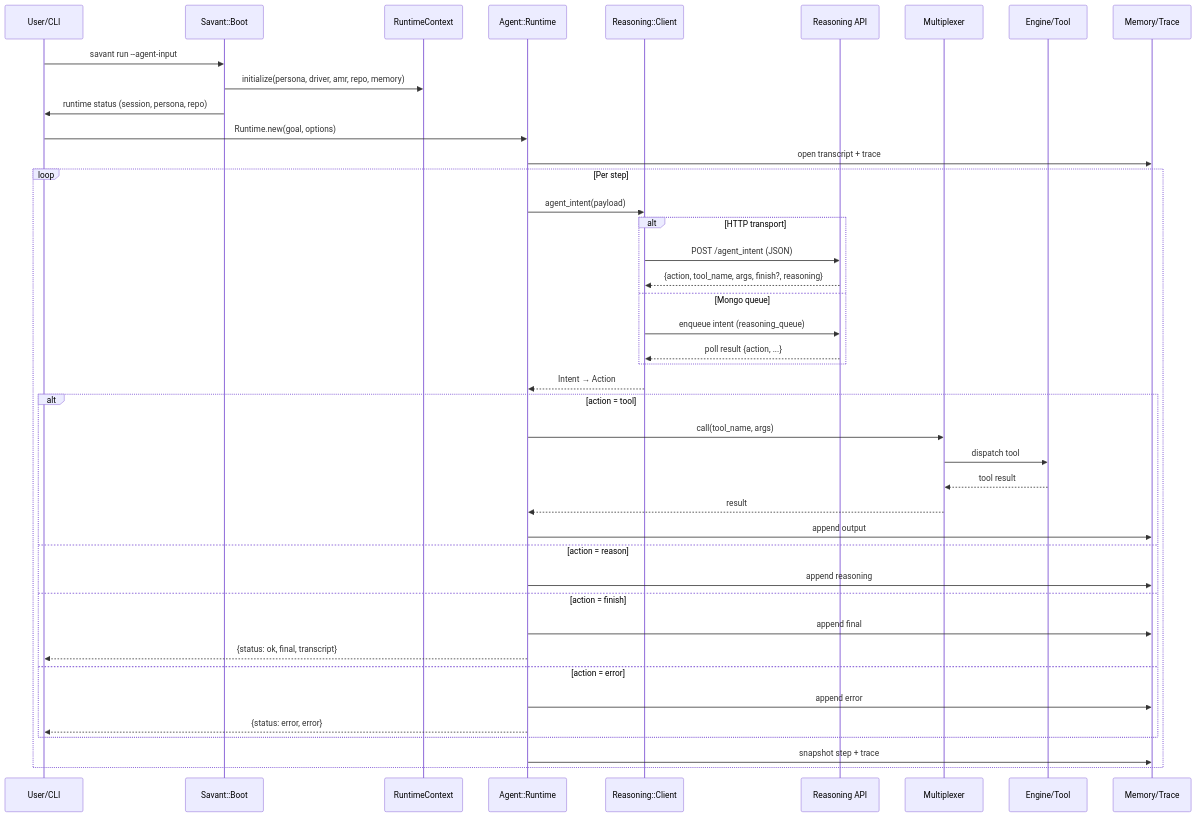
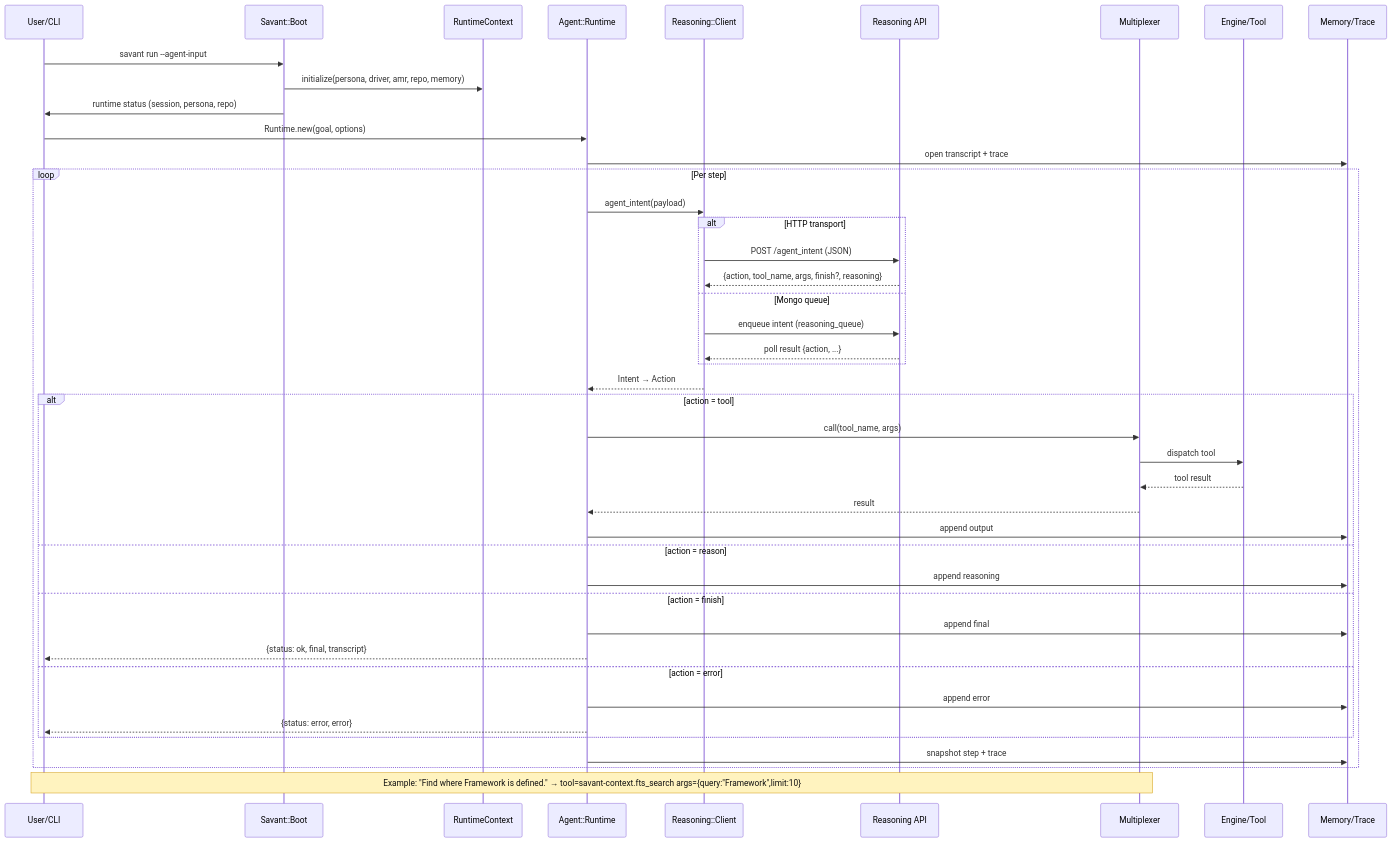
Before and after one commit to ashabbir/savant: the second of 3 diagrams in memory_bank/runtime.md, drawn with Mermaid. The commit also changed other lines of this file and 68 other files, not shown here.

````diff
--- a/memory_bank/runtime.md
+++ b/memory_bank/runtime.md
@@ -80,45 +80,47 @@
 ```mermaid
+%%{init: {'themeVariables': {'noteBkgColor': '#fff3bf', 'noteTextColor': '#111111', 'noteBorderColor': '#d4a017'}}}%%
 sequenceDiagram
   participant U as User/CLI
   participant Boot as Savant::Boot
   participant Ctx as RuntimeContext
   participant RT as Agent::Runtime
   participant RC as Reasoning::Client
   participant API as Reasoning API
   participant Mux as Multiplexer
   participant Eng as Engine/Tool
   participant Mem as Memory/Trace
 
   U->>Boot: savant run --agent-input
   Boot->>Ctx: initialize(persona, driver, amr, repo, memory)
   Boot->>U: runtime status (session, persona, repo)
   U->>RT: Runtime.new(goal, options)
   RT->>Mem: open transcript + trace
   loop Per step
     RT->>RC: agent_intent(payload)
     alt HTTP transport
       RC->>API: POST /agent_intent (JSON)
       API-->>RC: {action, tool_name, args, finish?, reasoning}
     else Mongo queue
       RC->>API: enqueue intent (reasoning_queue)
       API-->>RC: poll result {action, ...}
     end
     RC-->>RT: Intent → Action
     alt action = tool
       RT->>Mux: call(tool_name, args)
       Mux->>Eng: dispatch tool
       Eng-->>Mux: tool result
       Mux-->>RT: result
       RT->>Mem: append output
     else action = reason
       RT->>Mem: append reasoning
     else action = finish
       RT->>Mem: append final
       RT-->>U: {status: ok, final, transcript}
     else action = error
       RT->>Mem: append error
       RT-->>U: {status: error, error}
     end
     RT->>Mem: snapshot step + trace
   end
+  Note over U,Mux: Example: "Find where Framework is defined." → tool=savant-context.fts_search args={query:"Framework",limit:10}
 ```
````
